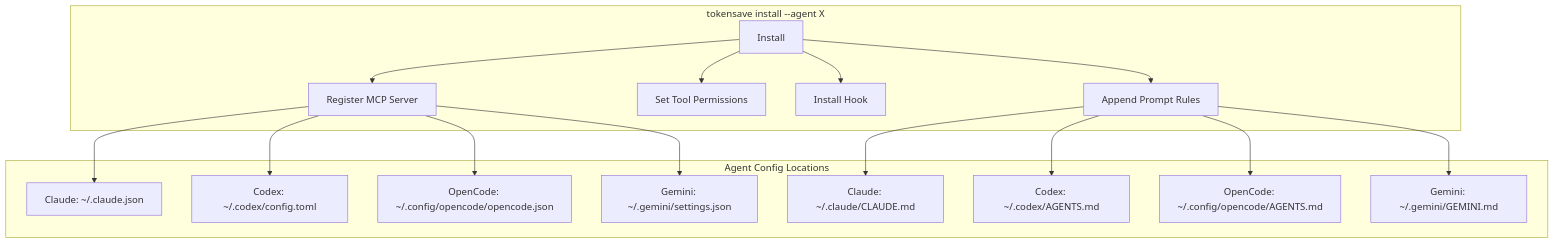
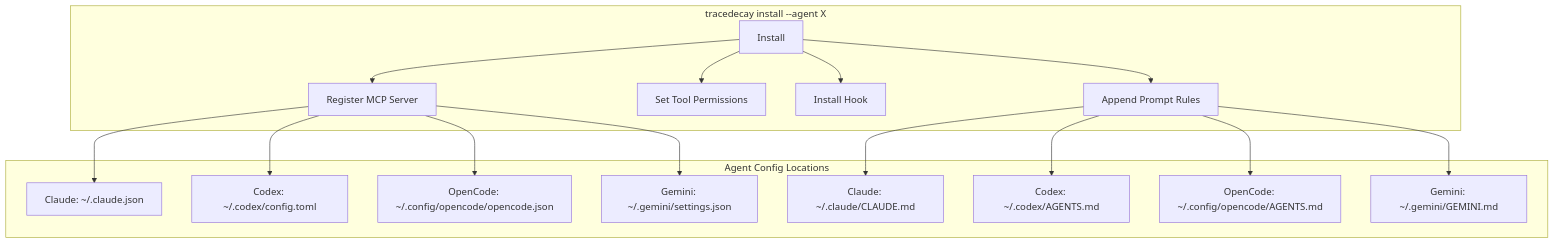
Before and after one commit to ScriptedAlchemy/tracedecay: the second of 2 diagrams in docs/DESIGN-DOC.md, drawn with Mermaid. The commit also changed other lines of this file and 340 other files, not shown here.

````diff
--- a/docs/DESIGN-DOC.md
+++ b/docs/DESIGN-DOC.md
@@ -324,21 +324,21 @@
 ```mermaid
 graph TB
-    subgraph "tokensave install --agent X"
+    subgraph "tracedecay install --agent X"
         I[Install] --> MCP[Register MCP Server]
         I --> PERM[Set Tool Permissions]
         I --> HOOK[Install Hook]
         I --> PROMPT[Append Prompt Rules]
     end
 
     subgraph "Agent Config Locations"
         MCP --> C1["Claude: ~/.claude.json"]
         MCP --> C2["Codex: ~/.codex/config.toml"]
         MCP --> C3["OpenCode: ~/.config/opencode/opencode.json"]
         MCP --> C4["Gemini: ~/.gemini/settings.json"]
 
         PROMPT --> P1["Claude: ~/.claude/CLAUDE.md"]
         PROMPT --> P2["Codex: ~/.codex/AGENTS.md"]
         PROMPT --> P3["OpenCode: ~/.config/opencode/AGENTS.md"]
         PROMPT --> P4["Gemini: ~/.gemini/GEMINI.md"]
     end
 ```
````
